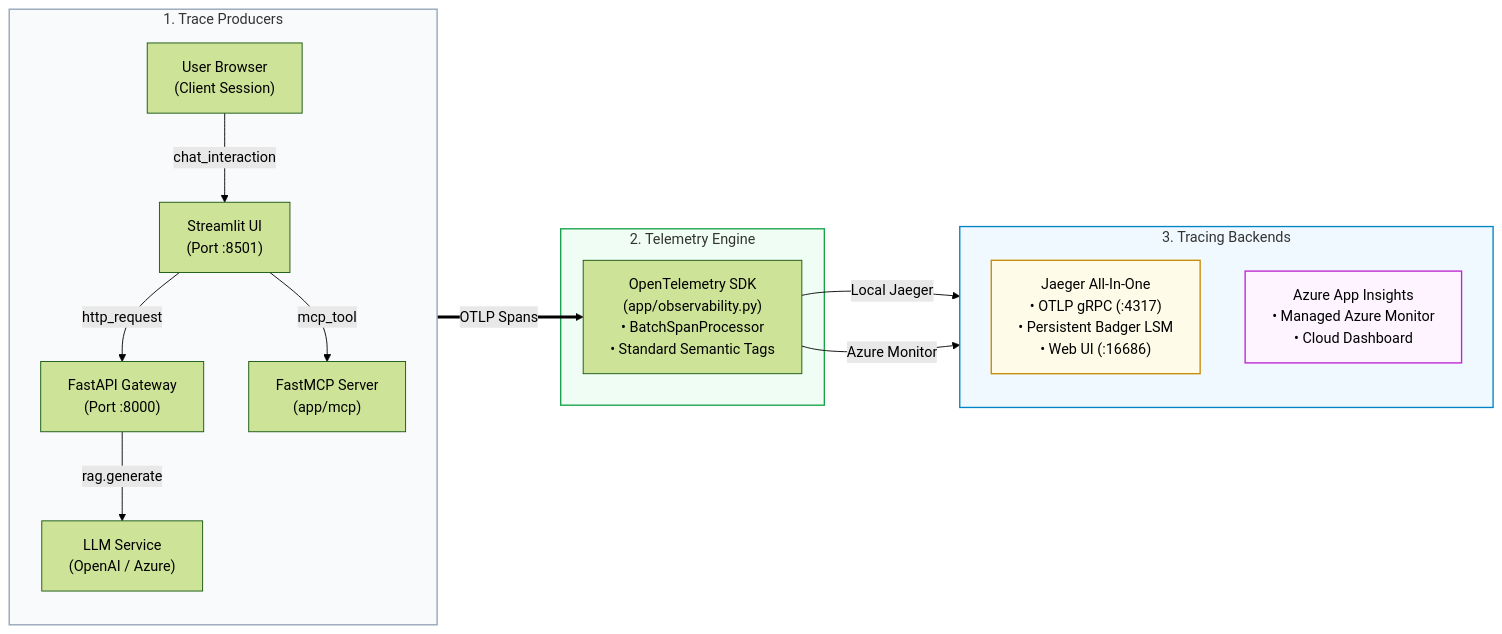
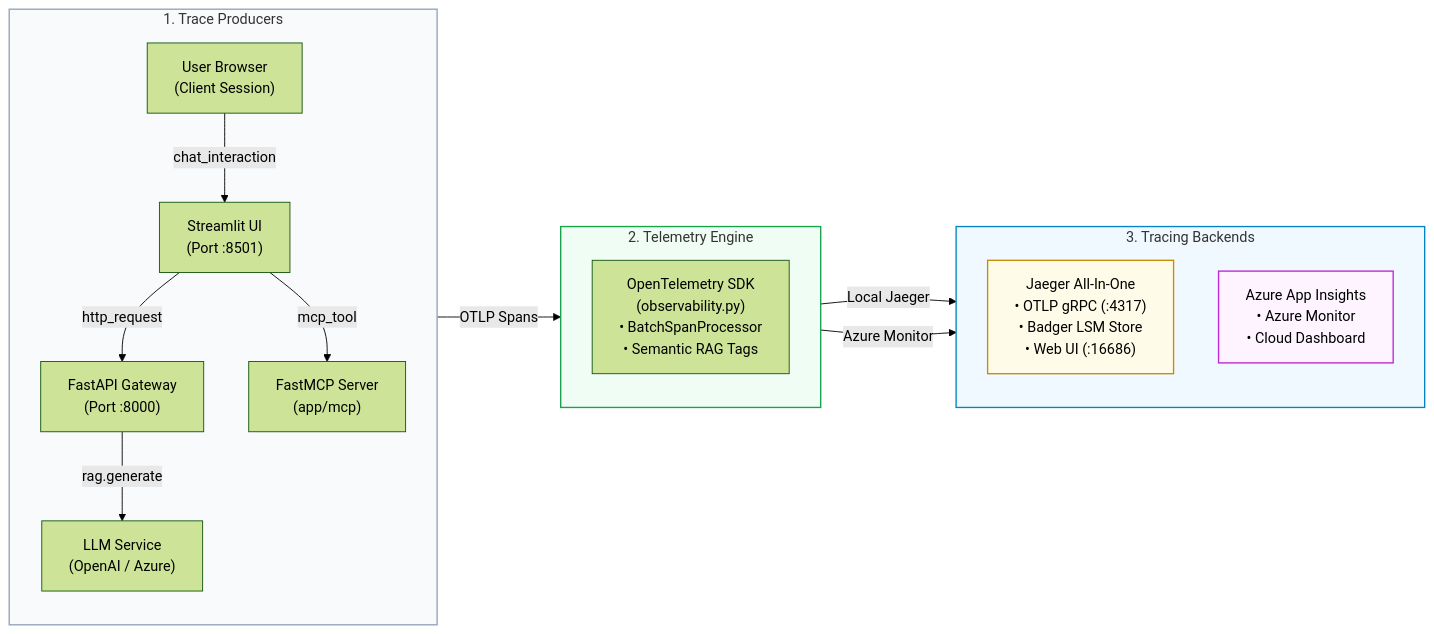
The sixth of 9 diagrams in README.md (Kenono2000/enterprise-rag-pgvector-rbac), drawn with Mermaid (forest theme) before and after one commit. The commit also changed other lines of this file, not shown here.

Commit message:
docs: simplify and restructure mermaid diagrams in README for better readability

````diff
--- a/README.md
+++ b/README.md
@@ -583,36 +536,37 @@
 ```mermaid
 flowchart LR
     subgraph Sources ["1. Trace Producers"]
         direction TB
         Browser["User Browser<br/>(Client Session)"]
         UI["Streamlit UI<br/>(Port :8501)"]
         API["FastAPI Gateway<br/>(Port :8000)"]
         MCP["FastMCP Server<br/>(app/mcp)"]
         LLM["LLM Service<br/>(OpenAI / Azure)"]
 
         Browser -->|chat_interaction| UI
         UI -->|http_request| API
         UI -->|mcp_tool| MCP
         API -->|rag.generate| LLM
     end
 
     subgraph Core ["2. Telemetry Engine"]
-        OTel["OpenTelemetry SDK<br/>(app/observability.py)<br/>• BatchSpanProcessor<br/>• Standard Semantic Tags"]
+        direction TB
+        OTel["OpenTelemetry SDK<br/>(observability.py)<br/>• BatchSpanProcessor<br/>• Semantic RAG Tags"]
     end
 
     subgraph Sinks ["3. Tracing Backends"]
         direction TB
-        Jaeger["Jaeger All-In-One<br/>• OTLP gRPC (:4317)<br/>• Persistent Badger LSM<br/>• Web UI (:16686)"]
-        AppInsights["Azure App Insights<br/>• Managed Azure Monitor<br/>• Cloud Dashboard"]
+        Jaeger["Jaeger All-In-One<br/>• OTLP gRPC (:4317)<br/>• Badger LSM Store<br/>• Web UI (:16686)"]
+        AppInsights["Azure App Insights<br/>• Azure Monitor<br/>• Cloud Dashboard"]
     end
 
-    Sources ==>|OTLP Spans| OTel
-    OTel -->|Local Jaeger| Jaeger
-    OTel -->|Azure Monitor| AppInsights
+    Sources -->|OTLP Spans| Core
+    Core -->|Local Jaeger| Jaeger
+    Core -->|Azure Monitor| AppInsights
 
     style Sources fill:#f8fafc,stroke:#94a3b8,stroke-width:1.5px
     style Core fill:#f0fdf4,stroke:#16a34a,stroke-width:1.5px
     style Sinks fill:#f0f9ff,stroke:#0284c7,stroke-width:1.5px
     style Jaeger fill:#fefce8,stroke:#ca8a04,stroke-width:1.5px
     style AppInsights fill:#fdf4ff,stroke:#c026d3,stroke-width:1.5px
 ```
````
